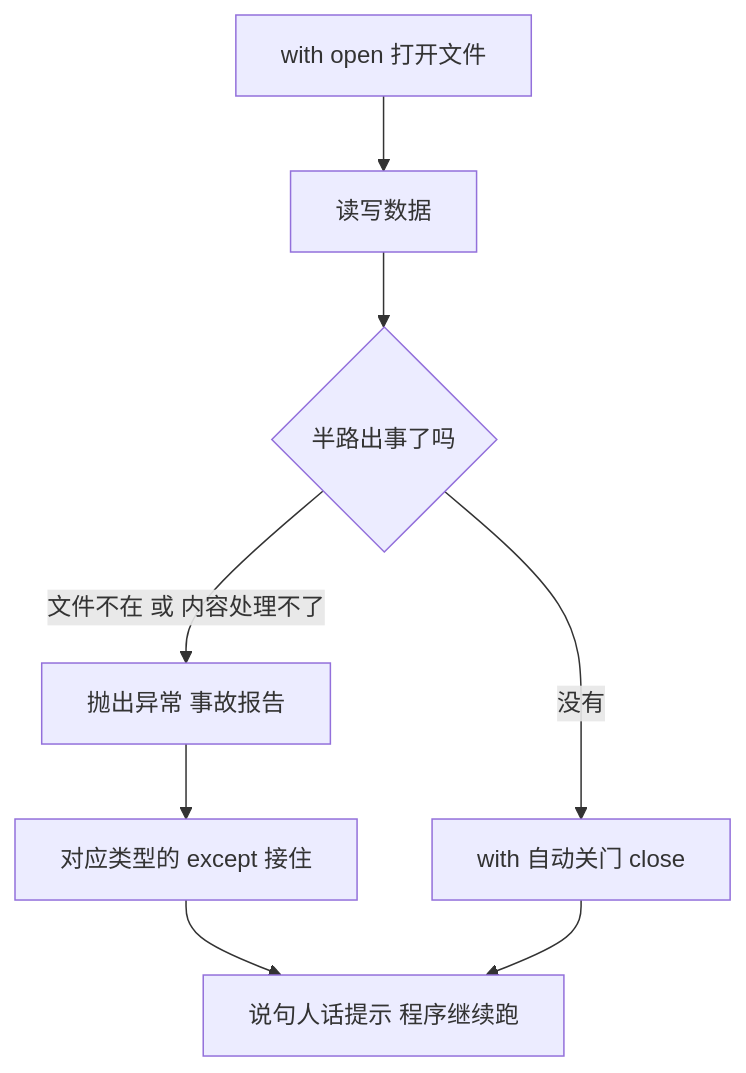
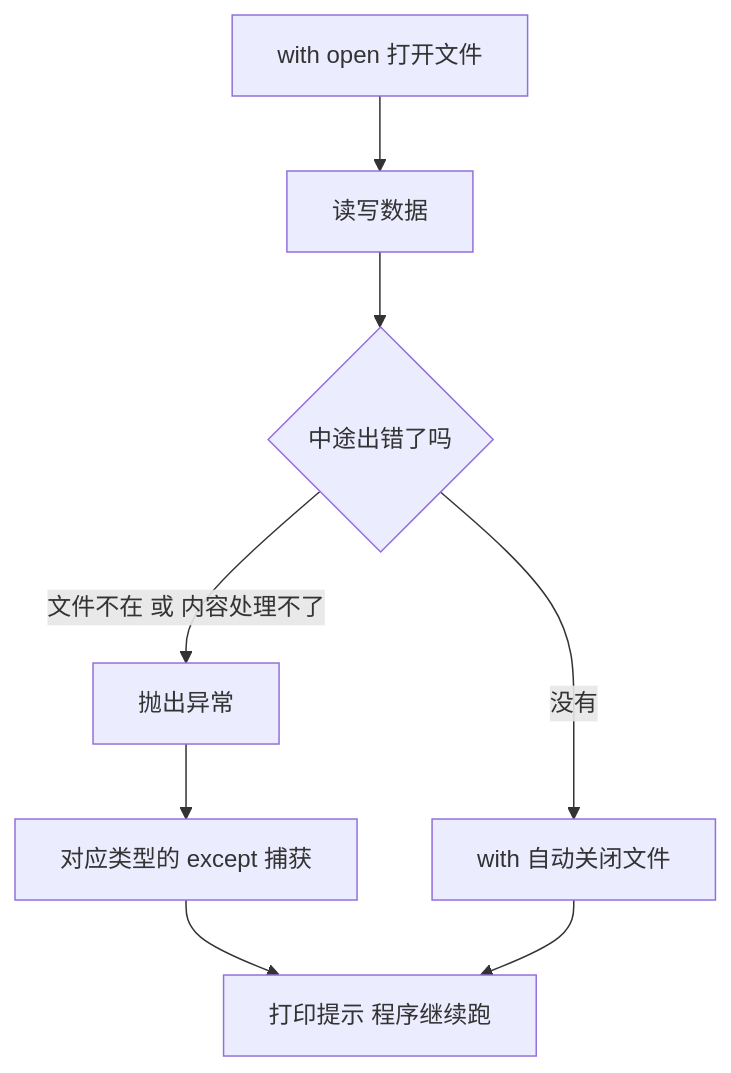
One commit to xxxAndlk/AI_Agent_Learning_path changed the diagram in 01.Python快速入门/第08课_文件与异常/第08课.md. Above: the diagram before and after it, drawn with Mermaid. The commit also changed other lines of this file and 5 other files, not shown here.

````diff
--- a/01.Python快速入门/第08课_文件与异常/第08课.md
+++ b/01.Python快速入门/第08课_文件与异常/第08课.md
@@ -261,10 +261,10 @@
 ```mermaid
 flowchart TD
     A[with open 打开文件] --> B[读写数据]
-    B --> C{半路出事了吗}
-    C -- 没有 --> D[with 自动关门 close]
-    C -- 文件不在 或 内容处理不了 --> E[抛出异常 事故报告]
-    E --> F[对应类型的 except 接住]
-    F --> G[说句人话提示 程序继续跑]
+    B --> C{中途出错了吗}
+    C -- 没有 --> D[with 自动关闭文件]
+    C -- 文件不在 或 内容处理不了 --> E[抛出异常]
+    E --> F[对应类型的 except 捕获]
+    F --> G[打印提示 程序继续跑]
     D --> G
 ```
````
